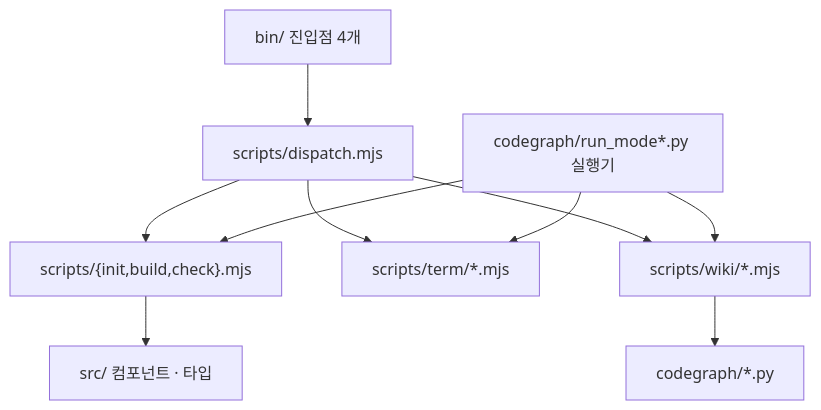
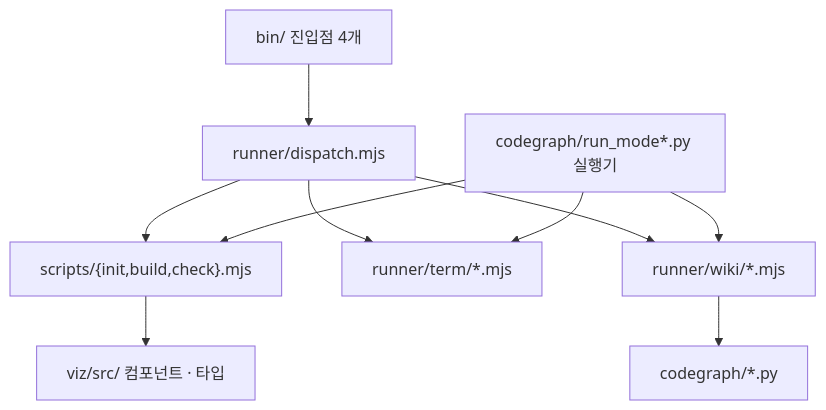
One commit to DogGuyMan/Agent-Report-Build-Pipeline changed the second of 4 diagrams in ARCHITECTURE.md. Above: the diagram before and after it, drawn with Mermaid. The commit also changed other lines of this file and 15 other files, not shown here.

````diff
--- a/ARCHITECTURE.md
+++ b/ARCHITECTURE.md
@@ -202,12 +262,12 @@
 ```mermaid
 flowchart TD
-  BIN["bin/ 진입점 4개"] --> DIS["scripts/dispatch.mjs"]
+  BIN["bin/ 진입점 4개"] --> DIS["runner/dispatch.mjs"]
   DIS --> SPEC["scripts/{init,build,check}.mjs"]
-  DIS --> TERM["scripts/term/*.mjs"]
-  DIS --> WIKI["scripts/wiki/*.mjs"]
-  SPEC --> SRC["src/ 컴포넌트 · 타입"]
+  DIS --> TERM["runner/term/*.mjs"]
+  DIS --> WIKI["runner/wiki/*.mjs"]
+  SPEC --> SRC["viz/src/ 컴포넌트 · 타입"]
   WIKI --> PY["codegraph/*.py"]
   RUN["codegraph/run_mode*.py 실행기"] --> WIKI
   RUN --> SPEC
   RUN --> TERM
 ```
````
